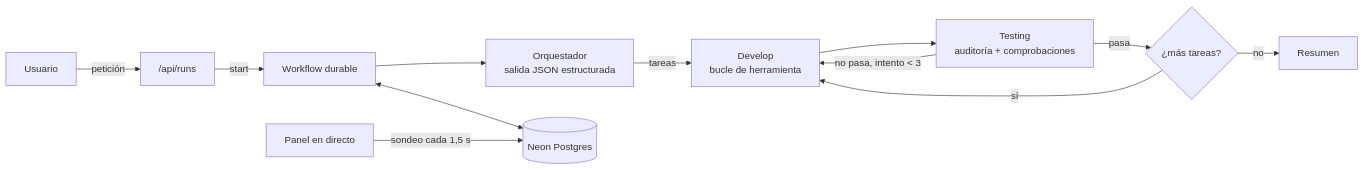
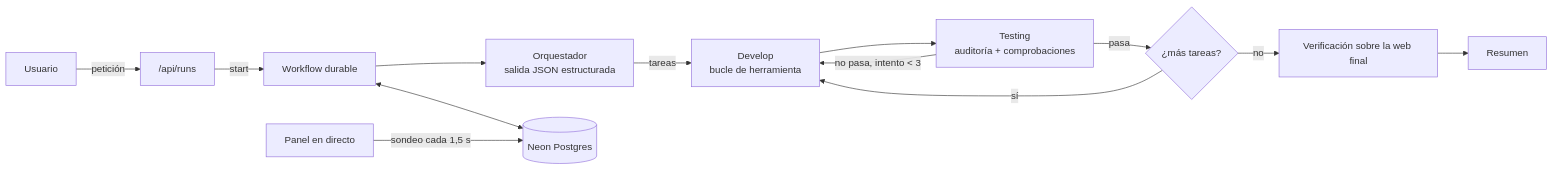
The diagram in README.md (JaviPaez7/equipo-agentes), drawn with Mermaid before and after one commit. The commit also changed other lines of this file and 38 other files, not shown here.

Commit message:
Verifica cada criterio en la web final y publica el caso real de corrección

````diff
--- a/README.md
+++ b/README.md
@@ -20,14 +21,15 @@
 ```mermaid
 flowchart LR
     U[Usuario] -->|petición| API["/api/runs"]
     API -->|start| WF[Workflow durable]
     WF --> O[Orquestador<br/>salida JSON estructurada]
     O -->|tareas| D[Develop<br/>bucle de herramienta]
     D --> T[Testing<br/>auditoría + comprobaciones]
     T -->|no pasa, intento < 3| D
     T -->|pasa| N{¿más tareas?}
     N -->|sí| D
-    N -->|no| S[Resumen]
+    N -->|no| R[Verificación sobre la web final]
+    R --> S[Resumen]
     WF <--> DB[(Neon Postgres)]
     UI[Panel en directo] -->|sondeo cada 1,5 s| DB
 ```
````
